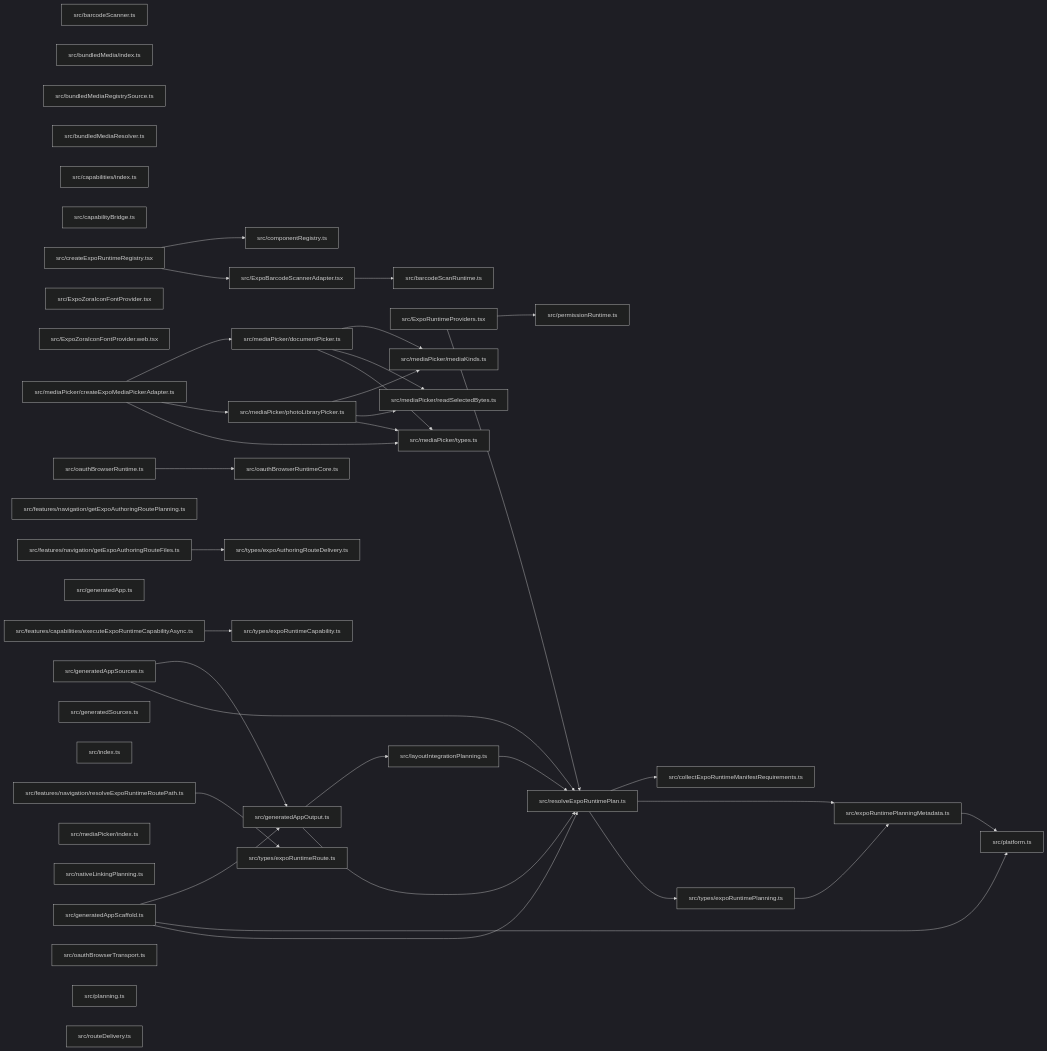
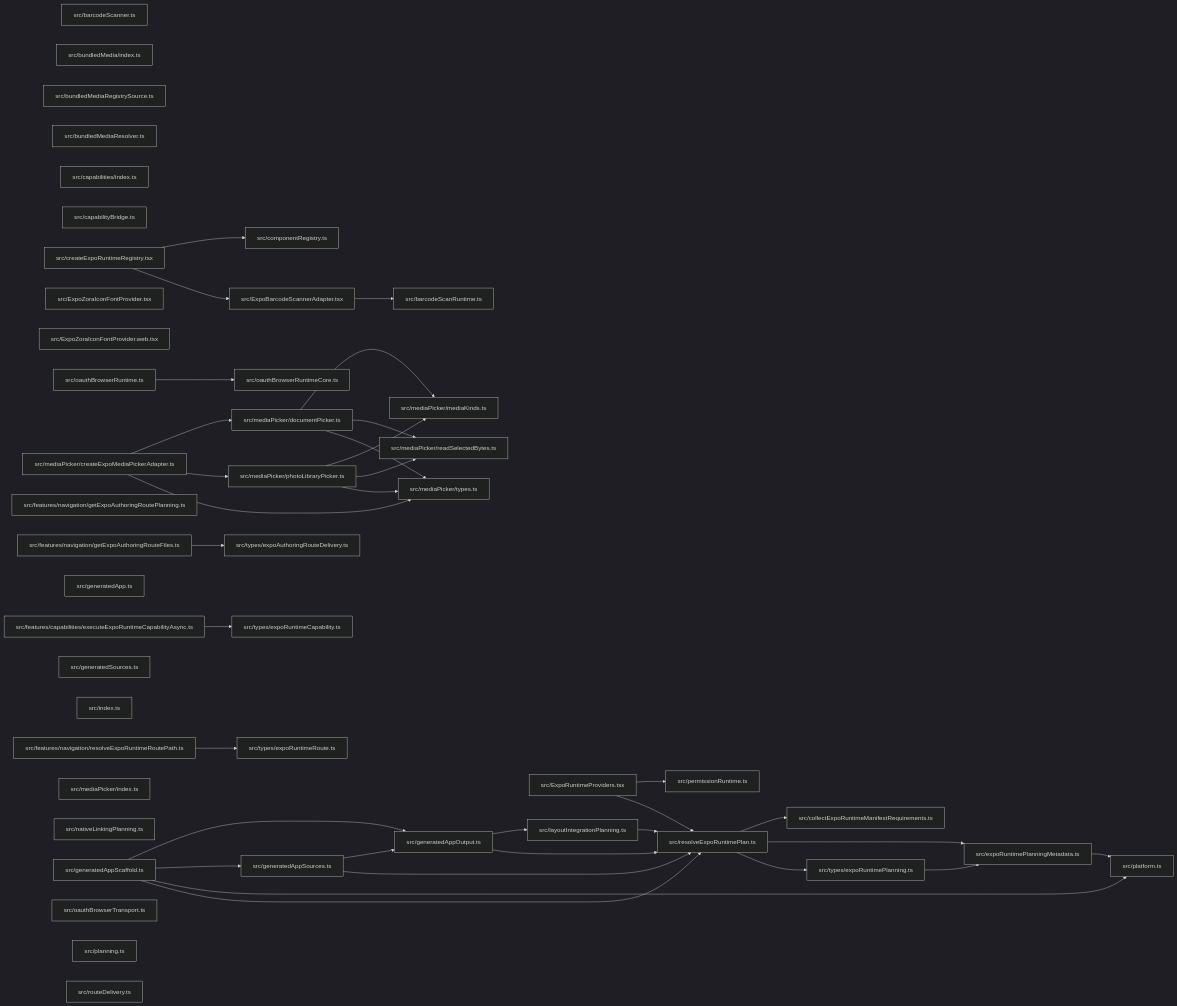
Before and after one commit to ankhorage/expo-runtime: the diagram in paradox/diagrams/module-relationships.mmd, drawn with Mermaid (dark theme). The commit also changed 10 other files, not shown here.

```diff
--- a/paradox/diagrams/module-relationships.mmd
+++ b/paradox/diagrams/module-relationships.mmd
@@ -1,78 +1,79 @@
 graph LR
   module_src_barcodeScanner_ts["src/barcodeScanner.ts"]
   module_src_barcodeScanRuntime_ts["src/barcodeScanRuntime.ts"]
   module_src_bundledMedia_index_ts["src/bundledMedia/index.ts"]
   module_src_bundledMediaRegistrySource_ts["src/bundledMediaRegistrySource.ts"]
   module_src_bundledMediaResolver_ts["src/bundledMediaResolver.ts"]
   module_src_capabilities_index_ts["src/capabilities/index.ts"]
   module_src_capabilityBridge_ts["src/capabilityBridge.ts"]
   module_src_collectExpoRuntimeManifestRequirements_ts["src/collectExpoRuntimeManifestRequirements.ts"]
   module_src_componentRegistry_ts["src/componentRegistry.ts"]
   module_src_createExpoRuntimeRegistry_tsx["src/createExpoRuntimeRegistry.tsx"]
   module_src_ExpoBarcodeScannerAdapter_tsx["src/ExpoBarcodeScannerAdapter.tsx"]
   module_src_expoRuntimePlanningMetadata_ts["src/expoRuntimePlanningMetadata.ts"]
   module_src_ExpoRuntimeProviders_tsx["src/ExpoRuntimeProviders.tsx"]
   module_src_ExpoZoraIconFontProvider_tsx["src/ExpoZoraIconFontProvider.tsx"]
   module_src_ExpoZoraIconFontProvider_web_tsx["src/ExpoZoraIconFontProvider.web.tsx"]
   module_src_features_capabilities_executeExpoRuntimeCapabilityAsync_ts["src/features/capabilities/executeExpoRuntimeCapabilityAsync.ts"]
   module_src_features_navigation_getExpoAuthoringRouteFiles_ts["src/features/navigation/getExpoAuthoringRouteFiles.ts"]
   module_src_features_navigation_getExpoAuthoringRoutePlanning_ts["src/features/navigation/getExpoAuthoringRoutePlanning.ts"]
   module_src_features_navigation_resolveExpoRuntimeRoutePath_ts["src/features/navigation/resolveExpoRuntimeRoutePath.ts"]
   module_src_generatedApp_ts["src/generatedApp.ts"]
   module_src_generatedAppOutput_ts["src/generatedAppOutput.ts"]
   module_src_generatedAppScaffold_ts["src/generatedAppScaffold.ts"]
   module_src_generatedAppSources_ts["src/generatedAppSources.ts"]
   module_src_generatedSources_ts["src/generatedSources.ts"]
   module_src_index_ts["src/index.ts"]
   module_src_layoutIntegrationPlanning_ts["src/layoutIntegrationPlanning.ts"]
   module_src_mediaPicker_createExpoMediaPickerAdapter_ts["src/mediaPicker/createExpoMediaPickerAdapter.ts"]
   module_src_mediaPicker_documentPicker_ts["src/mediaPicker/documentPicker.ts"]
   module_src_mediaPicker_index_ts["src/mediaPicker/index.ts"]
   module_src_mediaPicker_mediaKinds_ts["src/mediaPicker/mediaKinds.ts"]
   module_src_mediaPicker_photoLibraryPicker_ts["src/mediaPicker/photoLibraryPicker.ts"]
   module_src_mediaPicker_readSelectedBytes_ts["src/mediaPicker/readSelectedBytes.ts"]
   module_src_mediaPicker_types_ts["src/mediaPicker/types.ts"]
   module_src_nativeLinkingPlanning_ts["src/nativeLinkingPlanning.ts"]
   module_src_oauthBrowserRuntime_ts["src/oauthBrowserRuntime.ts"]
   module_src_oauthBrowserRuntimeCore_ts["src/oauthBrowserRuntimeCore.ts"]
   module_src_oauthBrowserTransport_ts["src/oauthBrowserTransport.ts"]
   module_src_permissionRuntime_ts["src/permissionRuntime.ts"]
   module_src_planning_ts["src/planning.ts"]
   module_src_platform_ts["src/platform.ts"]
   module_src_resolveExpoRuntimePlan_ts["src/resolveExpoRuntimePlan.ts"]
   module_src_routeDelivery_ts["src/routeDelivery.ts"]
   module_src_types_expoAuthoringRouteDelivery_ts["src/types/expoAuthoringRouteDelivery.ts"]
   module_src_types_expoRuntimeCapability_ts["src/types/expoRuntimeCapability.ts"]
   module_src_types_expoRuntimePlanning_ts["src/types/expoRuntimePlanning.ts"]
   module_src_types_expoRuntimeRoute_ts["src/types/expoRuntimeRoute.ts"]
   module_src_createExpoRuntimeRegistry_tsx --> module_src_componentRegistry_ts
   module_src_createExpoRuntimeRegistry_tsx --> module_src_ExpoBarcodeScannerAdapter_tsx
   module_src_ExpoBarcodeScannerAdapter_tsx --> module_src_barcodeScanRuntime_ts
   module_src_expoRuntimePlanningMetadata_ts --> module_src_platform_ts
   module_src_ExpoRuntimeProviders_tsx --> module_src_permissionRuntime_ts
   module_src_ExpoRuntimeProviders_tsx --> module_src_resolveExpoRuntimePlan_ts
   module_src_features_capabilities_executeExpoRuntimeCapabilityAsync_ts --> module_src_types_expoRuntimeCapability_ts
   module_src_features_navigation_getExpoAuthoringRouteFiles_ts --> module_src_types_expoAuthoringRouteDelivery_ts
   module_src_features_navigation_resolveExpoRuntimeRoutePath_ts --> module_src_types_expoRuntimeRoute_ts
   module_src_generatedAppOutput_ts --> module_src_layoutIntegrationPlanning_ts
   module_src_generatedAppOutput_ts --> module_src_resolveExpoRuntimePlan_ts
   module_src_generatedAppScaffold_ts --> module_src_generatedAppOutput_ts
+  module_src_generatedAppScaffold_ts --> module_src_generatedAppSources_ts
   module_src_generatedAppScaffold_ts --> module_src_platform_ts
   module_src_generatedAppScaffold_ts --> module_src_resolveExpoRuntimePlan_ts
   module_src_generatedAppSources_ts --> module_src_generatedAppOutput_ts
   module_src_generatedAppSources_ts --> module_src_resolveExpoRuntimePlan_ts
   module_src_layoutIntegrationPlanning_ts --> module_src_resolveExpoRuntimePlan_ts
   module_src_mediaPicker_createExpoMediaPickerAdapter_ts --> module_src_mediaPicker_documentPicker_ts
   module_src_mediaPicker_createExpoMediaPickerAdapter_ts --> module_src_mediaPicker_photoLibraryPicker_ts
   module_src_mediaPicker_createExpoMediaPickerAdapter_ts --> module_src_mediaPicker_types_ts
   module_src_mediaPicker_documentPicker_ts --> module_src_mediaPicker_mediaKinds_ts
   module_src_mediaPicker_documentPicker_ts --> module_src_mediaPicker_readSelectedBytes_ts
   module_src_mediaPicker_documentPicker_ts --> module_src_mediaPicker_types_ts
   module_src_mediaPicker_photoLibraryPicker_ts --> module_src_mediaPicker_mediaKinds_ts
   module_src_mediaPicker_photoLibraryPicker_ts --> module_src_mediaPicker_readSelectedBytes_ts
   module_src_mediaPicker_photoLibraryPicker_ts --> module_src_mediaPicker_types_ts
   module_src_oauthBrowserRuntime_ts --> module_src_oauthBrowserRuntimeCore_ts
   module_src_resolveExpoRuntimePlan_ts --> module_src_collectExpoRuntimeManifestRequirements_ts
   module_src_resolveExpoRuntimePlan_ts --> module_src_expoRuntimePlanningMetadata_ts
   module_src_resolveExpoRuntimePlan_ts --> module_src_types_expoRuntimePlanning_ts
   module_src_types_expoRuntimePlanning_ts --> module_src_expoRuntimePlanningMetadata_ts
```
